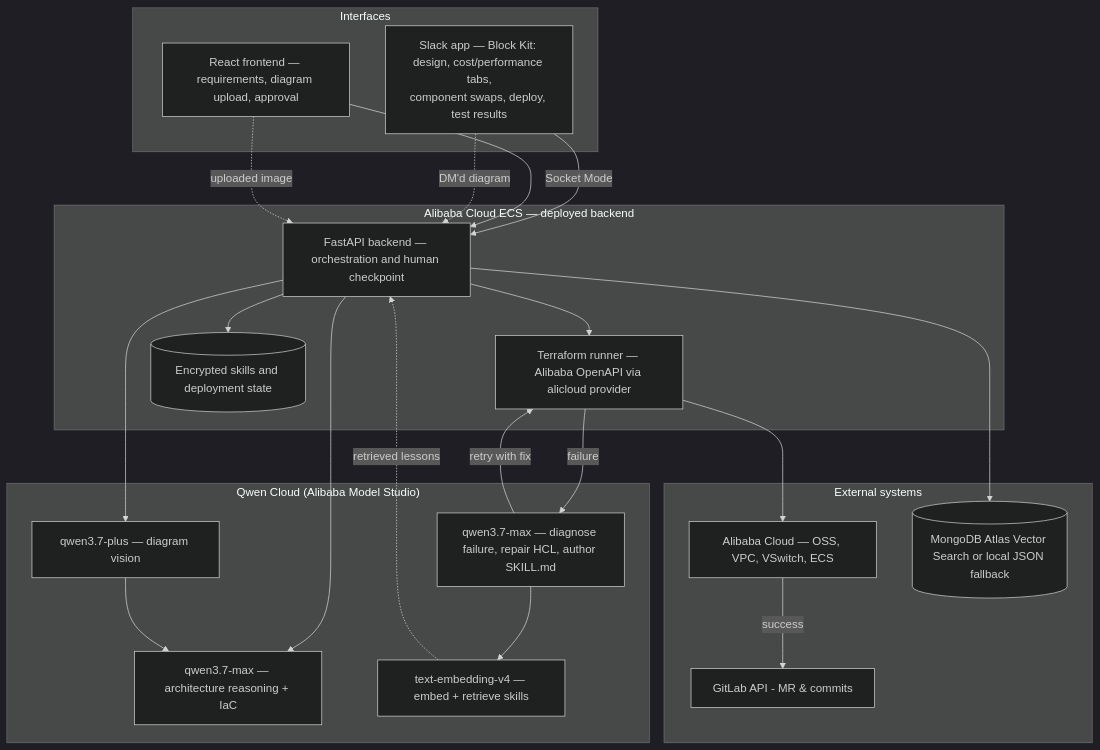
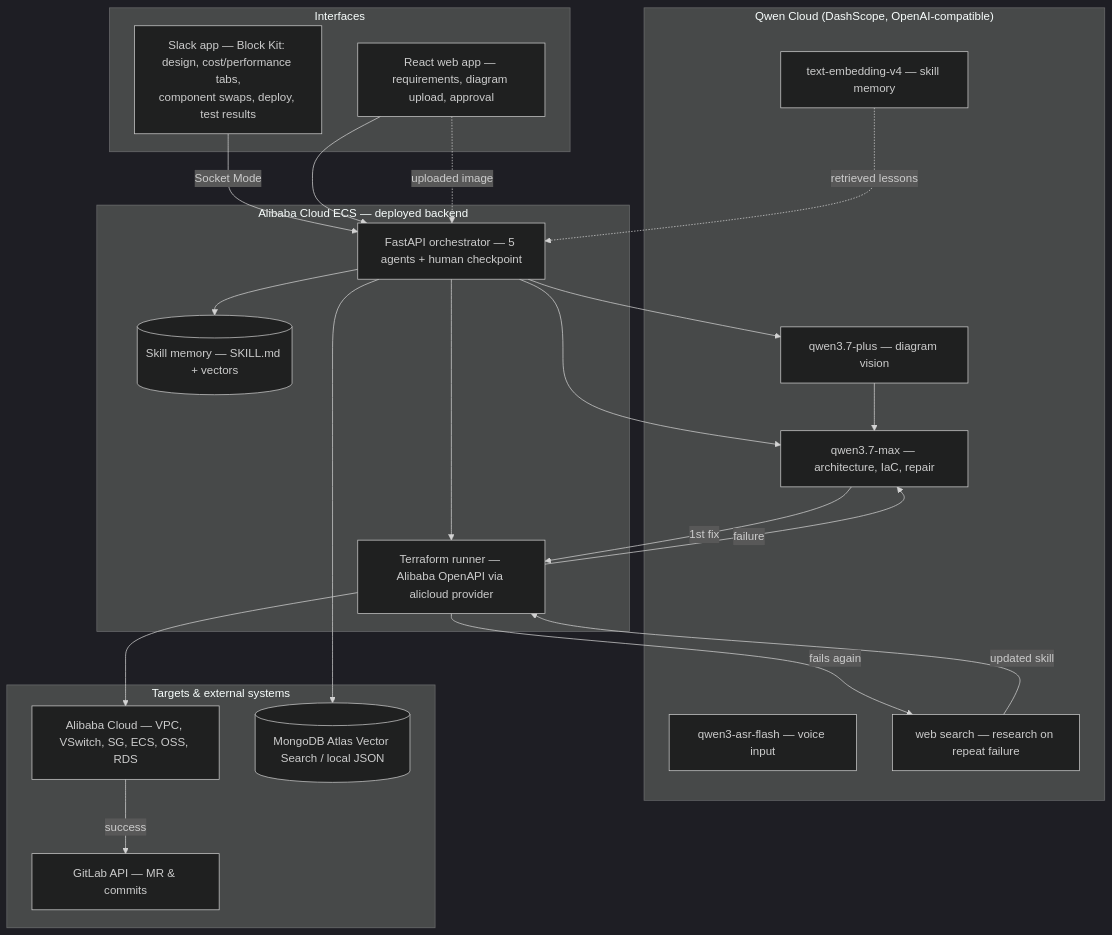
One commit to EimisPachecoHacks/slack-sky-launchpad-ATX changed the diagram in README.md. Above: the diagram before and after it, drawn with Mermaid (dark theme). The commit also changed other lines of this file and 2 other files, not shown here.

Commit message:
docs: add rendered architecture diagram image + refresh README/mermaid
New docs/assets/architecture.png — a clean visual showing the interfaces
(Slack + web) -> FastAPI backend on Alibaba Cloud ECS (5 agents + skill memory)
-> Qwen Cloud (qwen3.7-max, qwen3.7-plus vision, text-embedding-v4,
qwen3-asr-flash, web search) -> targets (Alibaba Cloud infra, GitLab, vector
store), plus the self-improving deploy loop (fail -> learn -> fail -> research
-> update -> succeed -> MR). README '## Architecture' now leads with the image
and keeps an updated mermaid (adds web-search escalation + voice) in a details
block. Submission guide points at the image for the architecture-diagram field.

````diff
--- a/README.md
+++ b/README.md
@@ -80,36 +90,37 @@
 ```mermaid
 flowchart TB
   subgraph clients["Interfaces"]
     S["Slack app — Block Kit: design, cost/performance tabs,<br/>component swaps, deploy, test results"]
-    A[React frontend — requirements, diagram upload, approval]
+    A[React web app — requirements, diagram upload, approval]
   end
   subgraph alibaba["Alibaba Cloud ECS — deployed backend"]
-    API[FastAPI backend — orchestration and human checkpoint]
+    API[FastAPI orchestrator — 5 agents + human checkpoint]
     T[Terraform runner — Alibaba OpenAPI via alicloud provider]
-    M[(Encrypted skills and deployment state)]
+    M[(Skill memory — SKILL.md + vectors)]
   end
-  subgraph qwen["Qwen Cloud (Alibaba Model Studio)"]
-    B["qwen3.7-max — architecture reasoning + IaC"]
+  subgraph qwen["Qwen Cloud (DashScope, OpenAI-compatible)"]
+    B["qwen3.7-max — architecture, IaC, repair"]
     Vz["qwen3.7-plus — diagram vision"]
-    R["qwen3.7-max — diagnose failure, repair HCL, author SKILL.md"]
-    V["text-embedding-v4 — embed + retrieve skills"]
+    V["text-embedding-v4 — skill memory"]
+    ASR["qwen3-asr-flash — voice input"]
+    WS["web search — research on repeat failure"]
   end
-  subgraph run["External systems"]
-    C[Alibaba Cloud — OSS, VPC, VSwitch, ECS]
-    DB[(MongoDB Atlas Vector Search or local JSON fallback)]
-    E[GitLab API - MR & commits]
+  subgraph run["Targets & external systems"]
+    C[Alibaba Cloud — VPC, VSwitch, SG, ECS, OSS, RDS]
+    DB[(MongoDB Atlas Vector Search / local JSON)]
+    E[GitLab API — MR & commits]
   end
   S -->|Socket Mode| API
   A --> API
   API --> B
-  S -. "DM'd diagram" .-> API
   A -. "uploaded image" .-> API --> Vz --> B
   V -. "retrieved lessons" .-> API
   API --> T --> C
   API --> DB
   API --> M
   C -->|success| E
-  T -->|failure| R
-  R --> V
-  R -->|"retry with fix"| T
+  T -->|"failure"| B
+  B -->|"1st fix"| T
+  T -->|"fails again"| WS
+  WS -->|"updated skill"| T
 ```
````
